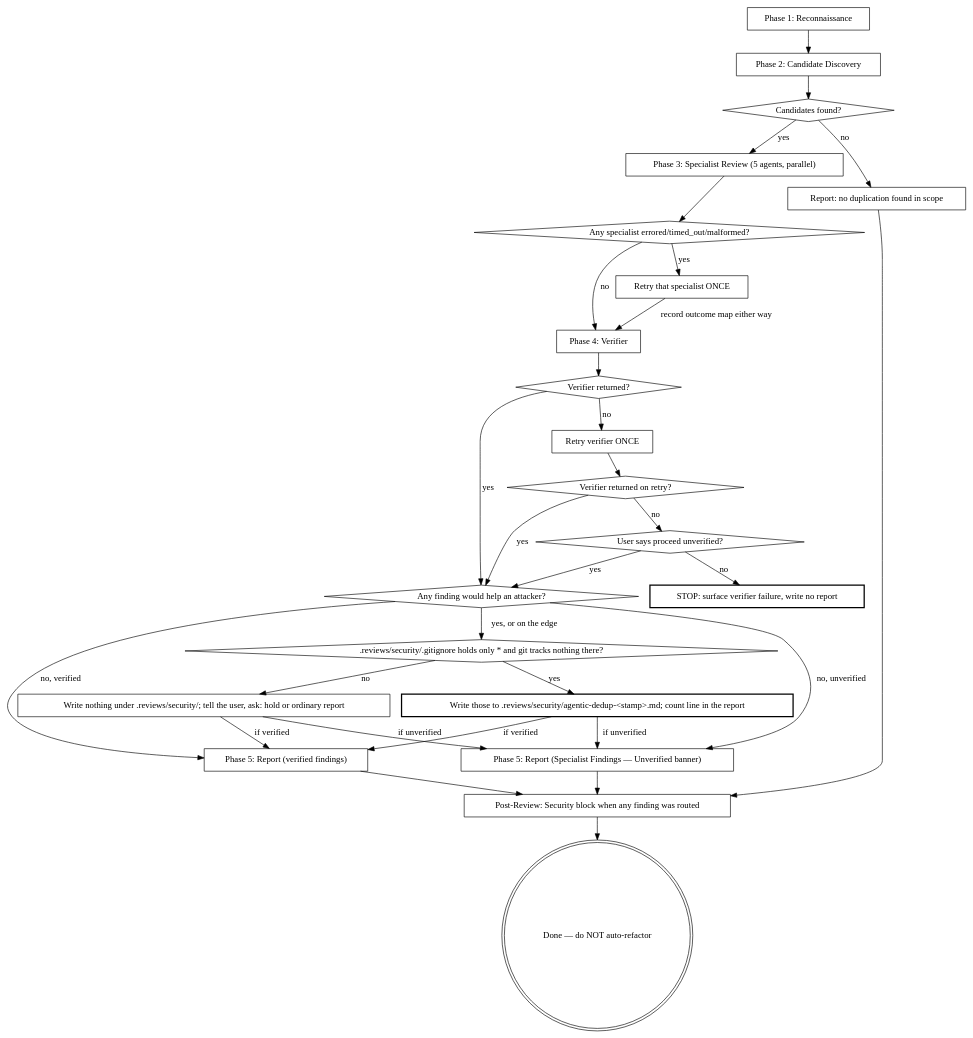
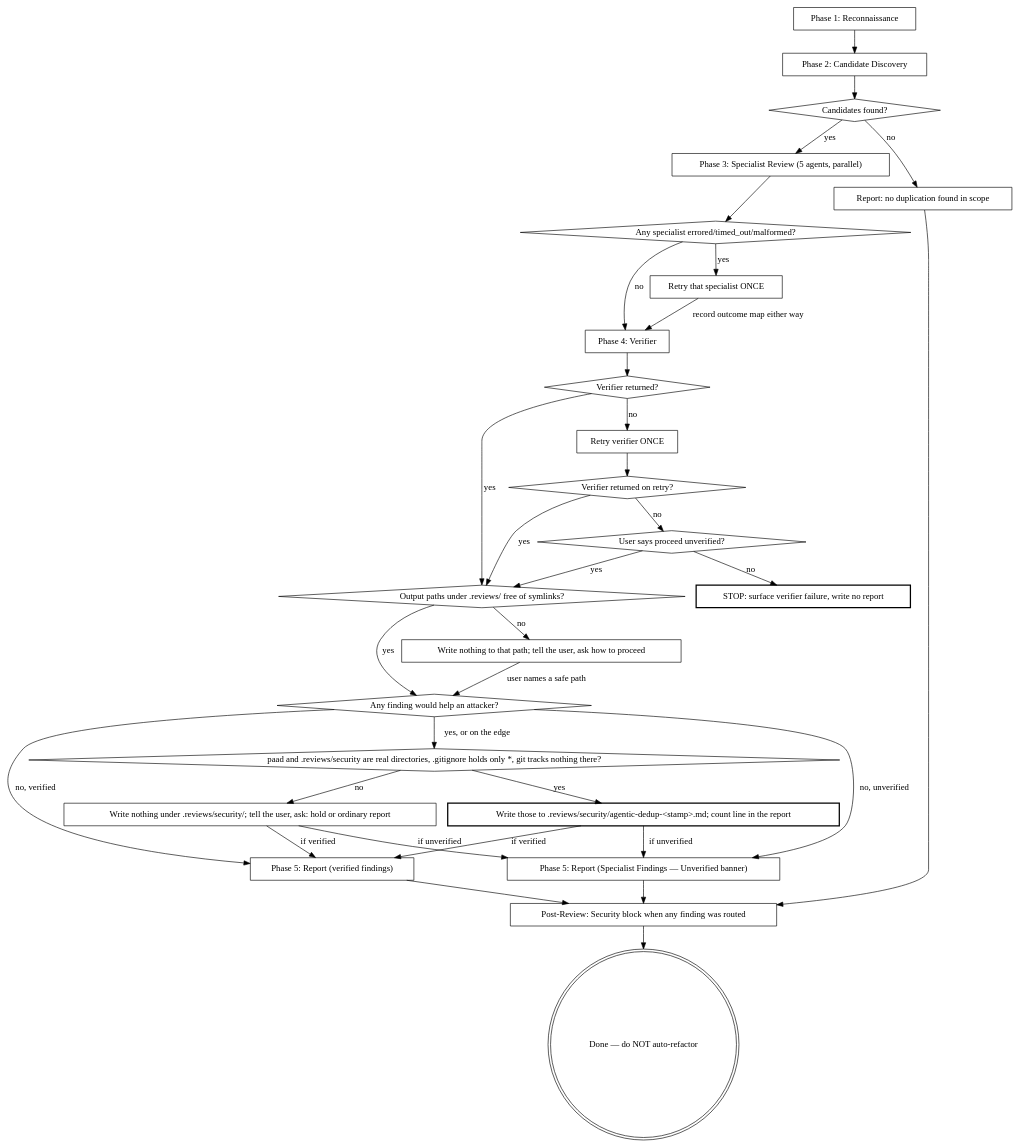
The second of 2 diagrams in kiro_and_antigravity/skills/.kiro/skills/agentic-dedup/SKILL.md (Ovid/paad), drawn with Graphviz before and after one commit. The commit also changed other lines of this file and 51 other files, not shown here.

````diff
--- a/kiro_and_antigravity/skills/.kiro/skills/agentic-dedup/SKILL.md
+++ b/kiro_and_antigravity/skills/.kiro/skills/agentic-dedup/SKILL.md
@@ -47,55 +49,60 @@
 ```dot
 digraph session {
   "Phase 1: Reconnaissance" [shape=box];
   "Phase 2: Candidate Discovery" [shape=box];
   "Candidates found?" [shape=diamond];
   "Phase 3: Specialist Review (5 agents, parallel)" [shape=box];
   "Any specialist errored/timed_out/malformed?" [shape=diamond];
   "Retry that specialist ONCE" [shape=box];
   "Phase 4: Verifier" [shape=box];
   "Verifier returned?" [shape=diamond];
   "Retry verifier ONCE" [shape=box];
   "Verifier returned on retry?" [shape=diamond];
   "User says proceed unverified?" [shape=diamond];
   "STOP: surface verifier failure, write no report" [shape=box, style=bold];
   "Phase 5: Report (verified findings)" [shape=box];
   "Phase 5: Report (Specialist Findings — Unverified banner)" [shape=box];
   "Report: no duplication found in scope" [shape=box];
+  "Output paths under .reviews/ free of symlinks?" [shape=diamond];
+  "Write nothing to that path; tell the user, ask how to proceed" [shape=box];
   "Any finding would help an attacker?" [shape=diamond];
   "Write those to .reviews/security/agentic-dedup-<stamp>.md; count line in the report" [shape=box, style=bold];
-  ".reviews/security/.gitignore holds only * and git tracks nothing there?" [shape=diamond];
+  "paad and .reviews/security are real directories, .gitignore holds only *, git tracks nothing there?" [shape=diamond];
   "Write nothing under .reviews/security/; tell the user, ask: hold or ordinary report" [shape=box];
   "Post-Review: Security block when any finding was routed" [shape=box];
   "Done — do NOT auto-refactor" [shape=doublecircle];
 
   "Phase 1: Reconnaissance" -> "Phase 2: Candidate Discovery";
   "Phase 2: Candidate Discovery" -> "Candidates found?";
   "Candidates found?" -> "Report: no duplication found in scope" [label="no"];
   "Candidates found?" -> "Phase 3: Specialist Review (5 agents, parallel)" [label="yes"];
   "Phase 3: Specialist Review (5 agents, parallel)" -> "Any specialist errored/timed_out/malformed?";
   "Any specialist errored/timed_out/malformed?" -> "Retry that specialist ONCE" [label="yes"];
   "Retry that specialist ONCE" -> "Phase 4: Verifier" [label="record outcome map either way"];
   "Any specialist errored/timed_out/malformed?" -> "Phase 4: Verifier" [label="no"];
   "Phase 4: Verifier" -> "Verifier returned?";
-  "Verifier returned?" -> "Any finding would help an attacker?" [label="yes"];
+  "Verifier returned?" -> "Output paths under .reviews/ free of symlinks?" [label="yes"];
   "Verifier returned?" -> "Retry verifier ONCE" [label="no"];
   "Retry verifier ONCE" -> "Verifier returned on retry?";
-  "Verifier returned on retry?" -> "Any finding would help an attacker?" [label="yes"];
+  "Verifier returned on retry?" -> "Output paths under .reviews/ free of symlinks?" [label="yes"];
   "Verifier returned on retry?" -> "User says proceed unverified?" [label="no"];
-  "User says proceed unverified?" -> "Any finding would help an attacker?" [label="yes"];
+  "User says proceed unverified?" -> "Output paths under .reviews/ free of symlinks?" [label="yes"];
   "User says proceed unverified?" -> "STOP: surface verifier failure, write no report" [label="no"];
-  "Any finding would help an attacker?" -> ".reviews/security/.gitignore holds only * and git tracks nothing there?" [label="yes, or on the edge"];
+  "Any finding would help an attacker?" -> "paad and .reviews/security are real directories, .gitignore holds only *, git tracks nothing there?" [label="yes, or on the edge"];
   "Any finding would help an attacker?" -> "Phase 5: Report (verified findings)" [label="no, verified"];
   "Any finding would help an attacker?" -> "Phase 5: Report (Specialist Findings — Unverified banner)" [label="no, unverified"];
   "Write those to .reviews/security/agentic-dedup-<stamp>.md; count line in the report" -> "Phase 5: Report (verified findings)" [label="if verified"];
   "Write those to .reviews/security/agentic-dedup-<stamp>.md; count line in the report" -> "Phase 5: Report (Specialist Findings — Unverified banner)" [label="if unverified"];
-  ".reviews/security/.gitignore holds only * and git tracks nothing there?" -> "Write those to .reviews/security/agentic-dedup-<stamp>.md; count line in the report" [label="yes"];
-  ".reviews/security/.gitignore holds only * and git tracks nothing there?" -> "Write nothing under .reviews/security/; tell the user, ask: hold or ordinary report" [label="no"];
+  "paad and .reviews/security are real directories, .gitignore holds only *, git tracks nothing there?" -> "Write those to .reviews/security/agentic-dedup-<stamp>.md; count line in the report" [label="yes"];
+  "paad and .reviews/security are real directories, .gitignore holds only *, git tracks nothing there?" -> "Write nothing under .reviews/security/; tell the user, ask: hold or ordinary report" [label="no"];
   "Write nothing under .reviews/security/; tell the user, ask: hold or ordinary report" -> "Phase 5: Report (verified findings)" [label="if verified"];
   "Write nothing under .reviews/security/; tell the user, ask: hold or ordinary report" -> "Phase 5: Report (Specialist Findings — Unverified banner)" [label="if unverified"];
   "Report: no duplication found in scope" -> "Post-Review: Security block when any finding was routed";
   "Phase 5: Report (verified findings)" -> "Post-Review: Security block when any finding was routed";
   "Phase 5: Report (Specialist Findings — Unverified banner)" -> "Post-Review: Security block when any finding was routed";
   "Post-Review: Security block when any finding was routed" -> "Done — do NOT auto-refactor";
+  "Output paths under .reviews/ free of symlinks?" -> "Any finding would help an attacker?" [label="yes"];
+  "Output paths under .reviews/ free of symlinks?" -> "Write nothing to that path; tell the user, ask how to proceed" [label="no"];
+  "Write nothing to that path; tell the user, ask how to proceed" -> "Any finding would help an attacker?" [label="user names a safe path"];
 }
 ```
````
